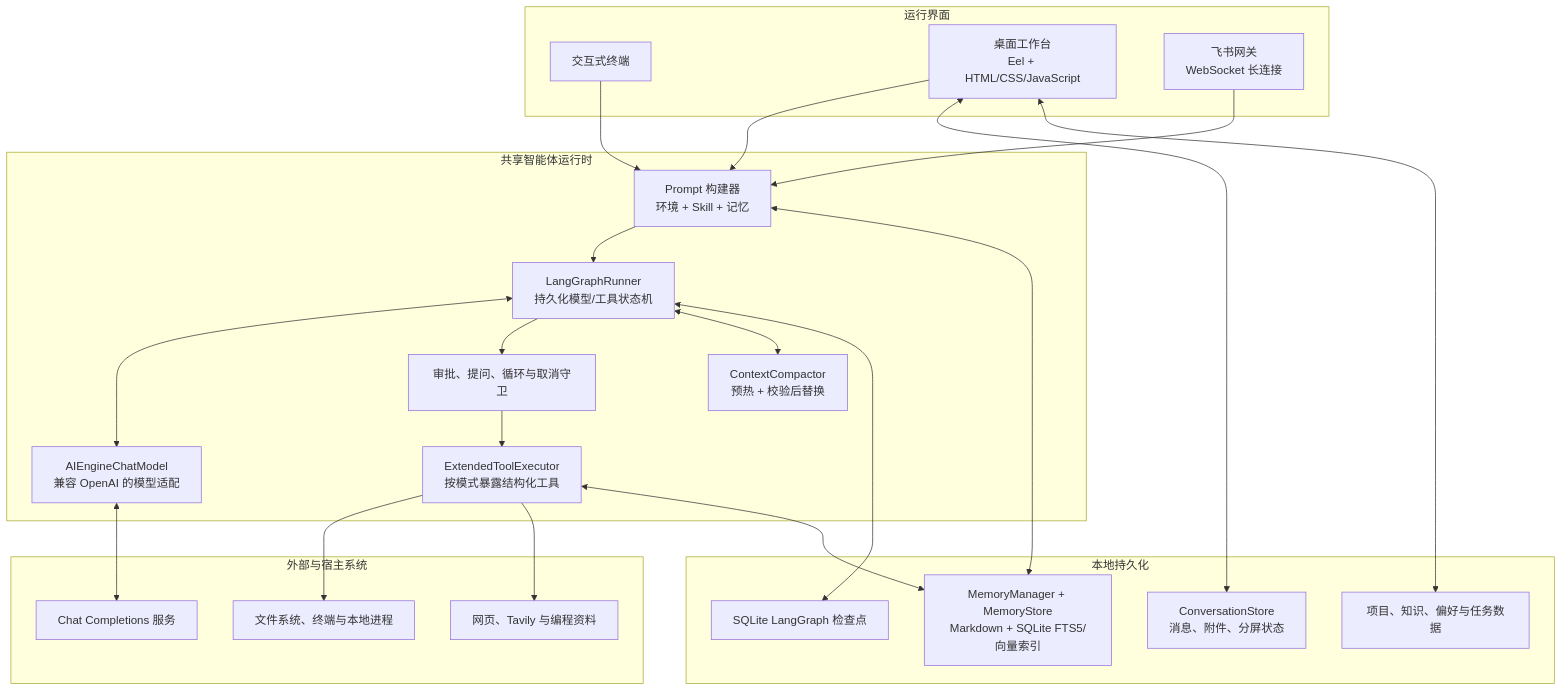
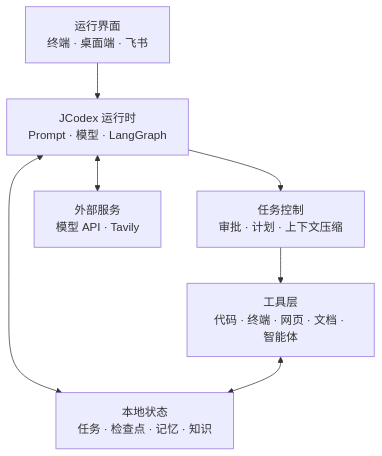
One commit to chuanchuan123321/JCodex changed the first of 2 diagrams in README.zh.md. Above: the diagram before and after it, drawn with Mermaid. The commit also changed other lines of this file and 1 other file, not shown here.

First line of the commit message:
优化 README 展示与架构 / Improve README showcase and architecture

````diff
--- a/README.zh.md
+++ b/README.zh.md
@@ -53,46 +70,9 @@
 ```mermaid
 flowchart TB
-    subgraph Surfaces["运行界面"]
-        CLI["交互式终端"]
-        Desktop["桌面工作台<br/>Eel + HTML/CSS/JavaScript"]
-        Feishu["飞书网关<br/>WebSocket 长连接"]
-    end
-
-    subgraph Runtime["共享智能体运行时"]
-        Prompt["Prompt 构建器<br/>环境 + Skill + 记忆"]
-        Model["AIEngineChatModel<br/>兼容 OpenAI 的模型适配"]
-        Graph["LangGraphRunner<br/>持久化模型/工具状态机"]
-        Guard["审批、提问、循环与取消守卫"]
-        Tools["ExtendedToolExecutor<br/>按模式暴露结构化工具"]
-        Compact["ContextCompactor<br/>预热 + 校验后替换"]
-    end
-
-    subgraph Persistence["本地持久化"]
-        Conversations["ConversationStore<br/>消息、附件、分屏状态"]
-        Checkpoints["SQLite LangGraph 检查点"]
-        Memory["MemoryManager + MemoryStore<br/>Markdown + SQLite FTS5/向量索引"]
-        Domain["项目、知识、偏好与任务数据"]
-    end
-
-    subgraph External["外部与宿主系统"]
-        Provider["Chat Completions 服务"]
-        Host["文件系统、终端与本地进程"]
-        Web["网页、Tavily 与编程资料"]
-    end
-
-    CLI --> Prompt
-    Desktop --> Prompt
-    Feishu --> Prompt
-    Prompt --> Graph
-    Graph <--> Model
-    Model <--> Provider
-    Graph --> Guard --> Tools
-    Tools --> Host
-    Tools --> Web
-    Graph <--> Compact
-    Graph <--> Checkpoints
-    Desktop <--> Conversations
-    Prompt <--> Memory
-    Desktop <--> Domain
-    Tools <--> Memory
+    UI["运行界面<br/>终端 · 桌面端 · 飞书"] --> Core["JCodex 运行时<br/>Prompt · 模型 · LangGraph"]
+    Core --> Control["任务控制<br/>审批 · 计划 · 上下文压缩"]
+    Control --> Tools["工具层<br/>代码 · 终端 · 网页 · 文档 · 智能体"]
+    Core <--> State["本地状态<br/>任务 · 检查点 · 记忆 · 知识"]
+    Core <--> APIs["外部服务<br/>模型 API · Tavily"]
+    Tools <--> State
 ```
````
